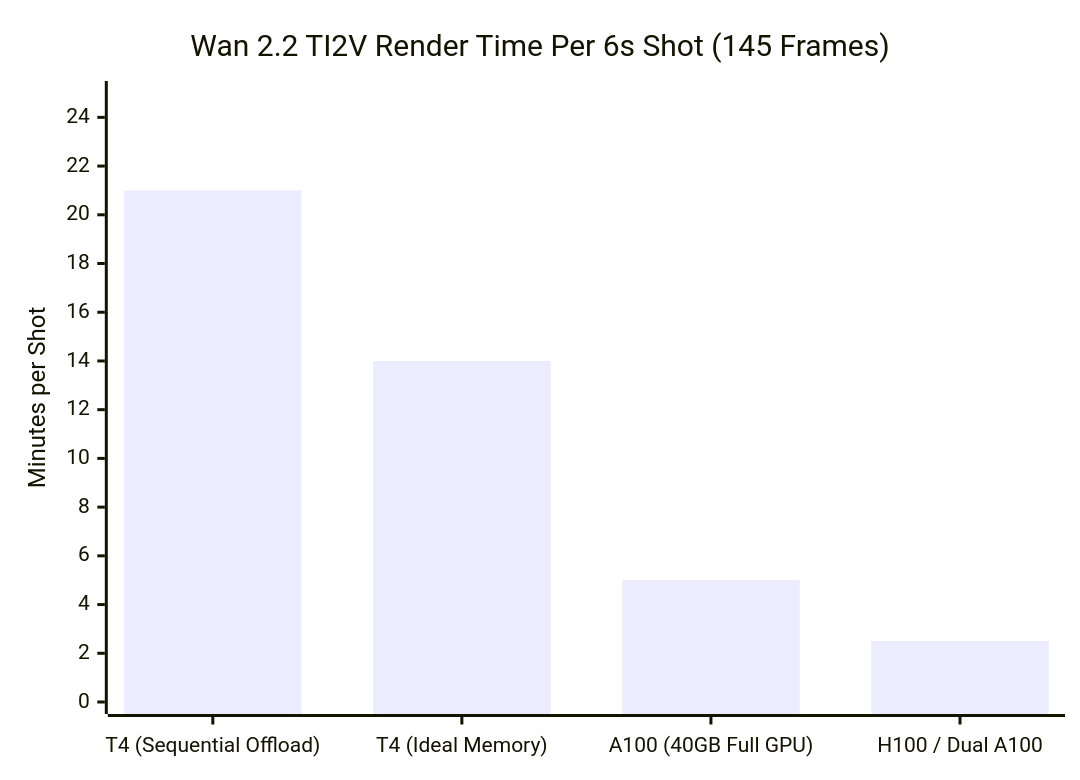
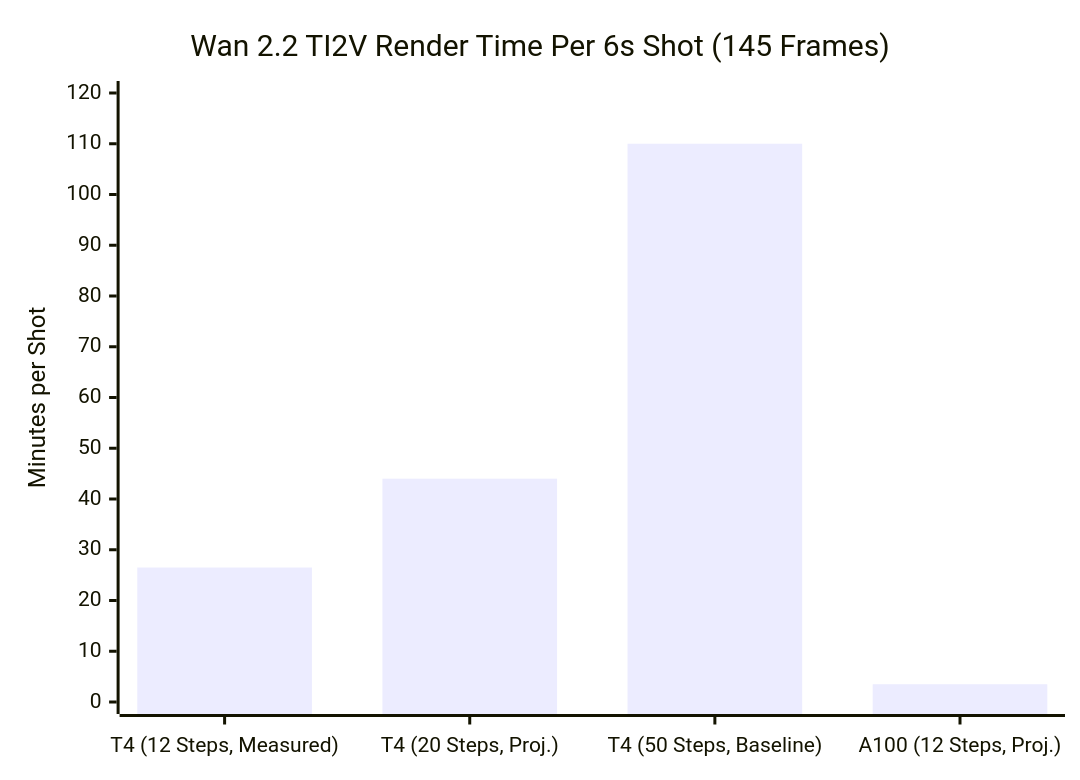
The diagram in COSTS.md (dagim-mante/Vid-Forge), drawn with Mermaid before and after one commit. The commit also changed other lines of this file and 2 other files, not shown here.

````diff
--- a/COSTS.md
+++ b/COSTS.md
@@ -107,7 +133,7 @@
 ```mermaid
 xychart-beta
     title "Wan 2.2 TI2V Render Time Per 6s Shot (145 Frames)"
-    x-axis ["T4 (Sequential Offload)", "T4 (Ideal Memory)", "A100 (40GB Full GPU)", "H100 / Dual A100"]
-    y-axis "Minutes per Shot" 0 --> 25
-    bar [21, 14, 5, 2.5]
+    x-axis ["T4 (12 Steps, Measured)", "T4 (20 Steps, Proj.)", "T4 (50 Steps, Baseline)", "A100 (12 Steps, Proj.)"]
+    y-axis "Minutes per Shot" 0 --> 120
+    bar [26.5, 44.0, 110.0, 3.5]
 ```
````
